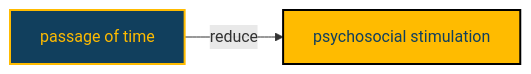
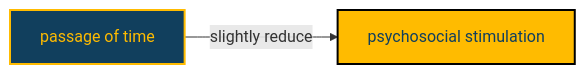
The diagram in MICSPLUS/diagram.md (agrogan1/research), drawn with Mermaid before and after one commit.

````diff
--- a/MICSPLUS/diagram.md
+++ b/MICSPLUS/diagram.md
@@ -1,20 +1,24 @@
 ```mermaid
 
 flowchart LR
 
   classDef yellow fill:#FFC20E,stroke:#000000,stroke-width:2px,color:#000000;
   
   classDef cyan fill:#1CABE2,stroke:#000000,stroke-width:2px,color:#FFFFFF;
   
   classDef red fill:#E2231A,stroke:#000000,stroke-width:2px,color:#FFFFFF;
   
   classDef orange fill:#F26A21,stroke:#000000,stroke-width:2px,color:#FFFFFF;
 
   classDef tidal fill:#113f5d,color:#FFBB00,stroke:#FFBB00,stroke-width:2px
 
   classDef tidal2 fill:#FFBB00,color:#113f5d,stroke:#000000,stroke-width:2px
-  
-  time[passage of time]:::tidal --> |"reduce"| psychosocial[psychosocial stimulation]:::tidal2
+
+  time[passage of time]
+
+  psychosocial[psychosocial stimulation]
+
+  time:::tidal --> |"slightly reduce"| psychosocial:::tidal2
 
 
 ```
````
